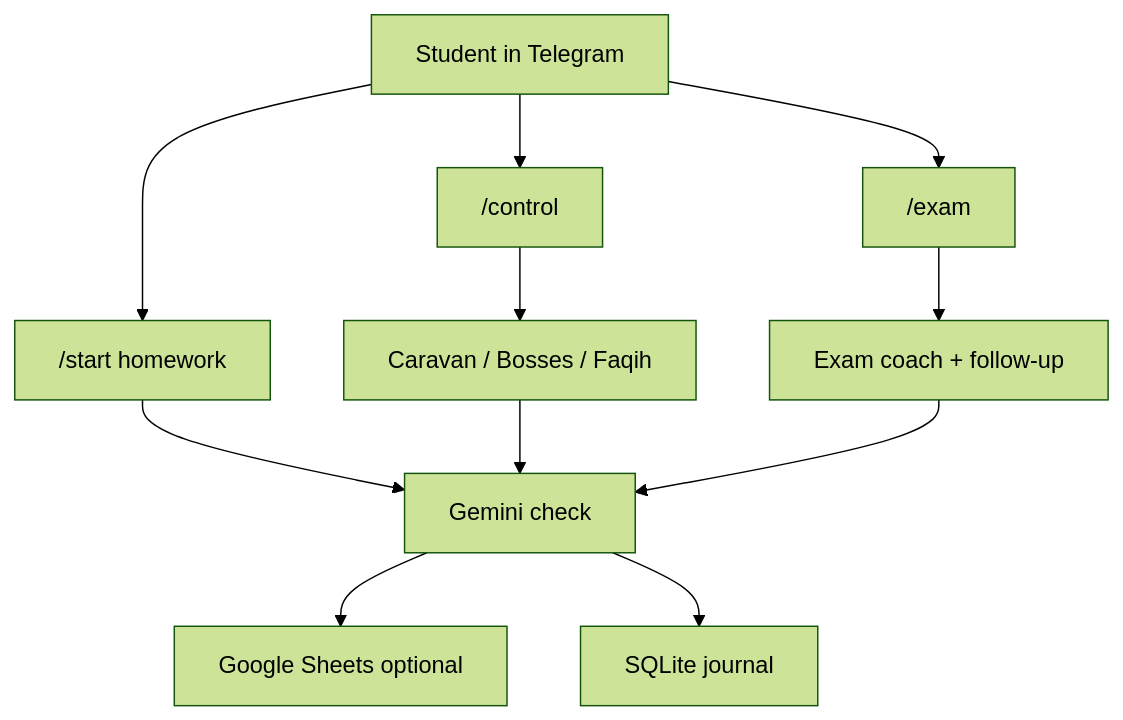
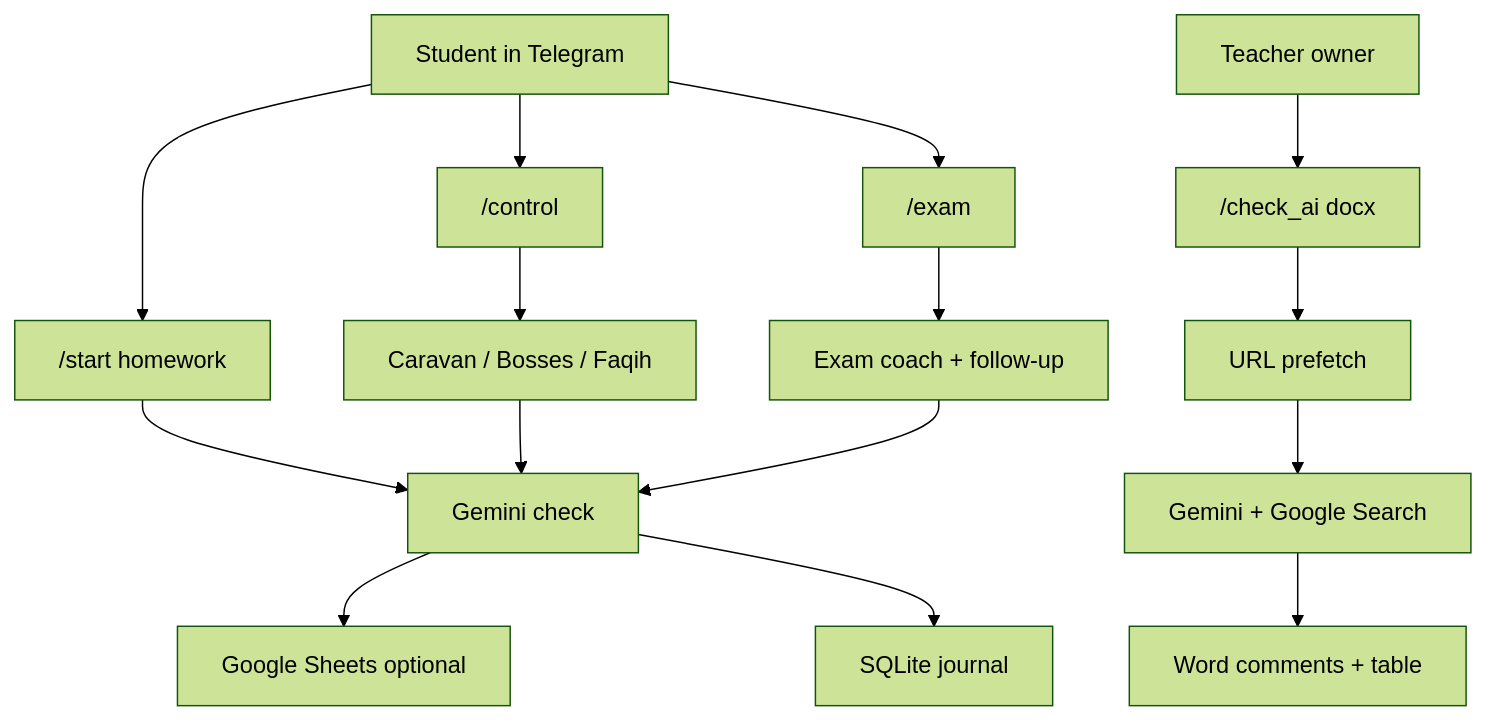
One commit to tsekhvl/tutor-bot changed the diagram in README.md. Above: the diagram before and after it, drawn with Mermaid (forest theme). The commit also changed other lines of this file and 12 other files, not shown here.

First line of the commit message:
Add teacher citation check (/check_ai) to portfolio snapshot.

````diff
--- a/README.md
+++ b/README.md
@@ -48,14 +60,19 @@
 ```mermaid
 flowchart TD
   student[Student in Telegram]
+  teacher[Teacher owner]
   student --> hw["/start homework"]
   student --> ctl["/control"]
   student --> exam["/exam"]
+  teacher --> cite["/check_ai docx"]
   hw --> gemini[Gemini check]
   ctl --> engines[Caravan / Bosses / Faqih]
   engines --> gemini
   exam --> coach[Exam coach + follow-up]
   coach --> gemini
+  cite --> prefetch[URL prefetch]
+  prefetch --> geminiSearch[Gemini + Google Search]
+  geminiSearch --> annotated[Word comments + table]
   gemini --> sheets[Google Sheets optional]
   gemini --> sqlite[SQLite journal]
 ```
````
